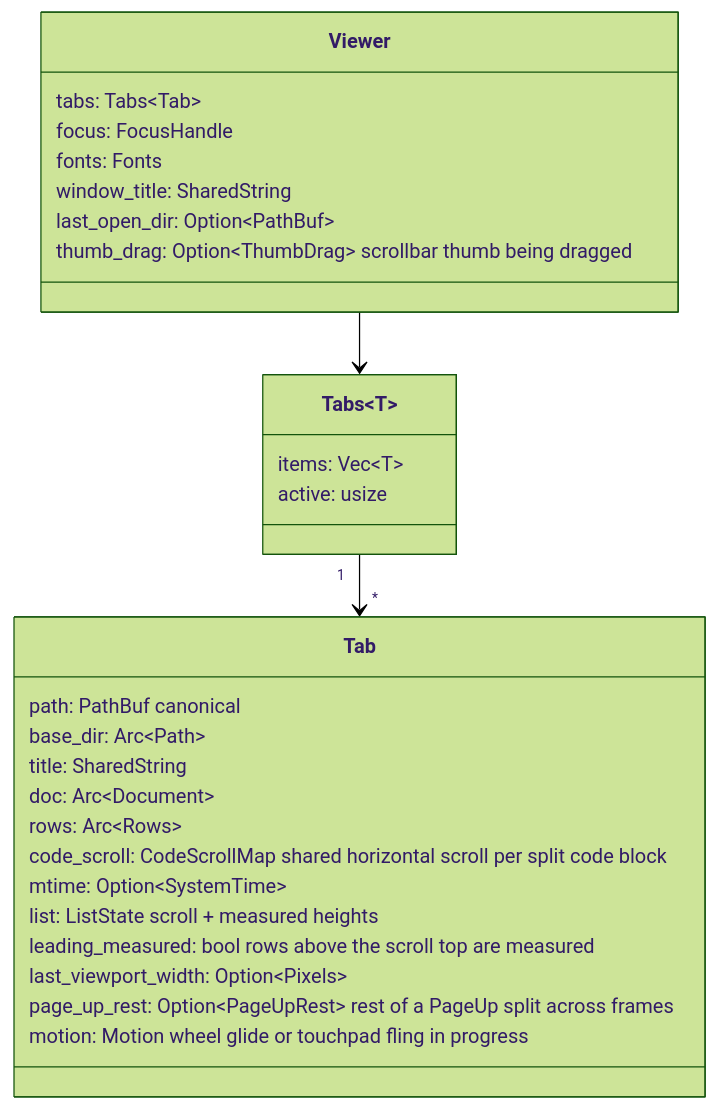
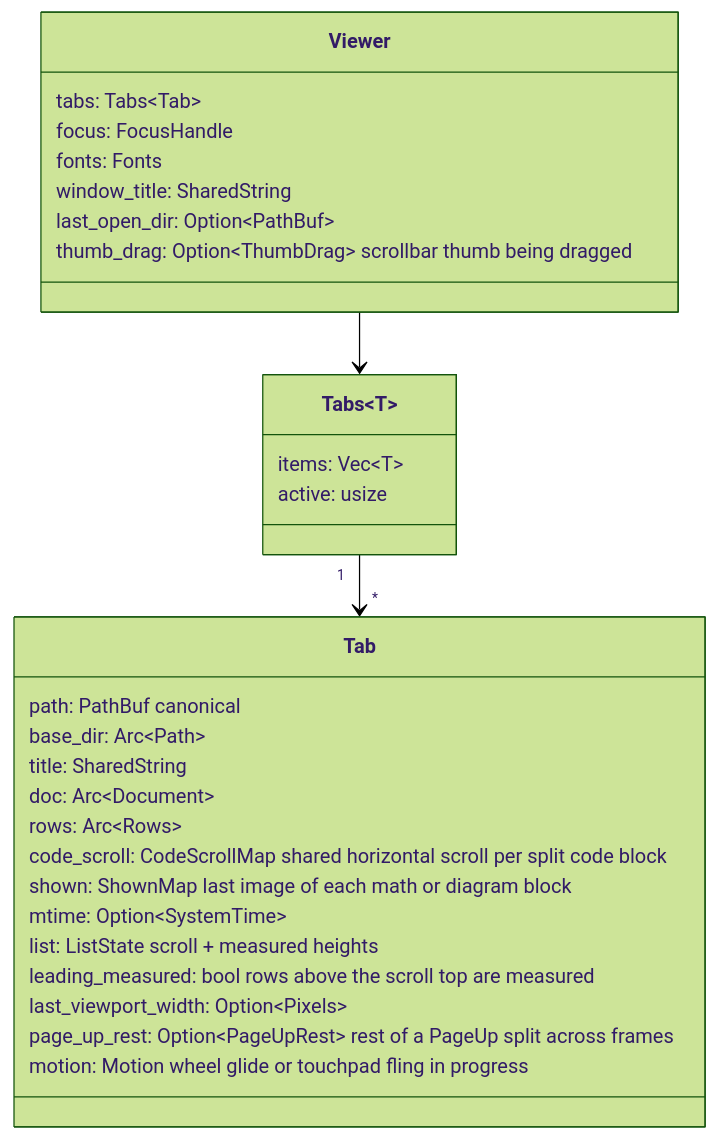
Before and after one commit to JorgeAgar/markdown-viewer-zed: the third of 6 diagrams in docs/architecture.md, drawn with Mermaid (forest theme). The commit also changed other lines of this file and 6 other files, not shown here.

````diff
--- a/docs/architecture.md
+++ b/docs/architecture.md
@@ -160,31 +160,32 @@
 ```mermaid
 classDiagram
     class Viewer {
         tabs: Tabs~Tab~
         focus: FocusHandle
         fonts: Fonts
         window_title: SharedString
         last_open_dir: Option~PathBuf~
         thumb_drag: Option~ThumbDrag~  scrollbar thumb being dragged
     }
     class Tab {
         path: PathBuf  canonical
         base_dir: Arc~Path~
         title: SharedString
         doc: Arc~Document~
         rows: Arc~Rows~
         code_scroll: CodeScrollMap  shared horizontal scroll per split code block
+        shown: ShownMap  last image of each math or diagram block
         mtime: Option~SystemTime~
         list: ListState  scroll + measured heights
         leading_measured: bool  rows above the scroll top are measured
         last_viewport_width: Option~Pixels~
         page_up_rest: Option~PageUpRest~  rest of a PageUp split across frames
         motion: Motion  wheel glide or touchpad fling in progress
     }
     class Tabs~T~ {
         items: Vec~T~
         active: usize
     }
     Viewer --> Tabs
     Tabs "1" --> "*" Tab
 ```
````
